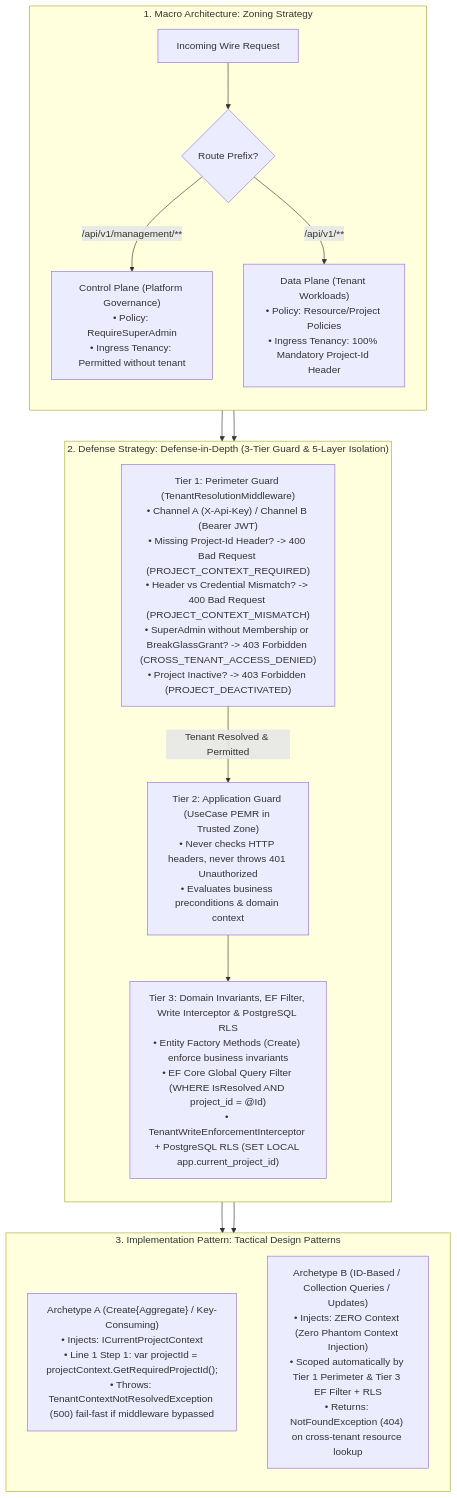
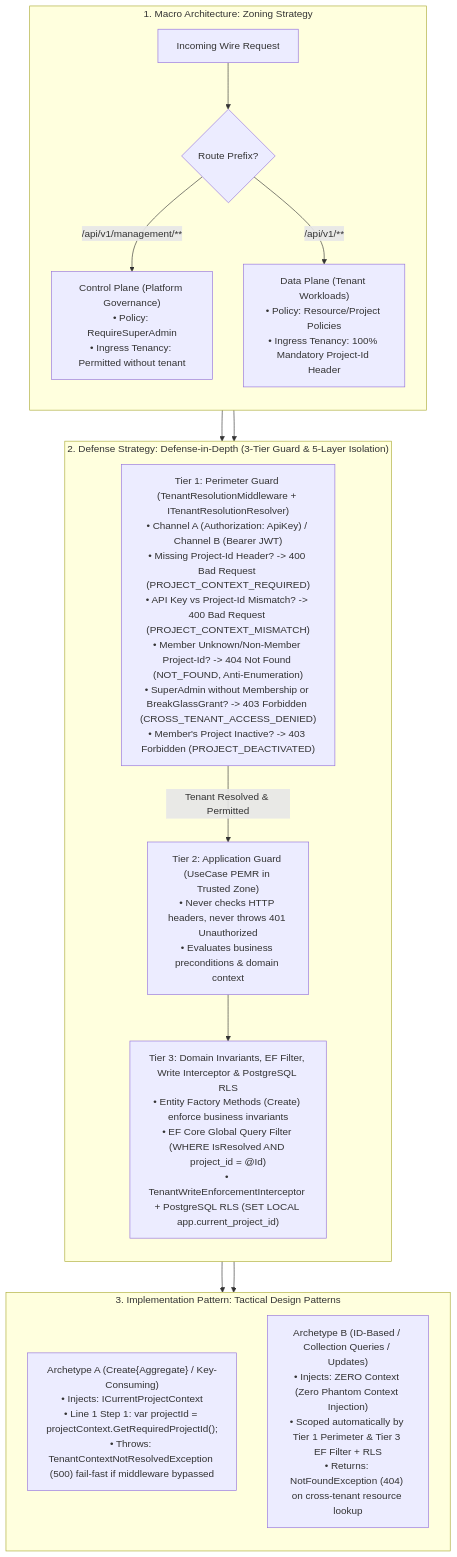
Before and after one commit to suang05/doc_template: the first of 2 diagrams in specs/03_specialized_mechanics/multi_tenant_security_pipeline.md, drawn with Mermaid. The commit also changed other lines of this file and 15 other files, not shown here.

Commit message:
docs: add comprehensive architecture specs and update agent guidelines

````diff
--- a/specs/03_specialized_mechanics/multi_tenant_security_pipeline.md
+++ b/specs/03_specialized_mechanics/multi_tenant_security_pipeline.md
@@ -23,24 +23,24 @@
 ```mermaid
 flowchart TD
     subgraph Macro ["1. Macro Architecture: Zoning Strategy"]
         direction TB
         Req[Incoming Wire Request] --> RouteCheck{Route Prefix?}
         RouteCheck -- "/api/v1/management/**" --> CtrlPlane["Control Plane (Platform Governance)\n• Policy: RequireSuperAdmin\n• Ingress Tenancy: Permitted without tenant"]
         RouteCheck -- "/api/v1/**" --> DataPlane["Data Plane (Tenant Workloads)\n• Policy: Resource/Project Policies\n• Ingress Tenancy: 100% Mandatory Project-Id Header"]
     end
 
     subgraph Defense ["2. Defense Strategy: Defense-in-Depth (3-Tier Guard & 5-Layer Isolation)"]
         direction TB
-        DataPlane --> T1["Tier 1: Perimeter Guard (TenantResolutionMiddleware)\n• Channel A (X-Api-Key) / Channel B (Bearer JWT)\n• Missing Project-Id Header? -> 400 Bad Request (PROJECT_CONTEXT_REQUIRED)\n• Header vs Credential Mismatch? -> 400 Bad Request (PROJECT_CONTEXT_MISMATCH)\n• SuperAdmin without Membership or BreakGlassGrant? -> 403 Forbidden (CROSS_TENANT_ACCESS_DENIED)\n• Project Inactive? -> 403 Forbidden (PROJECT_DEACTIVATED)"]
+        DataPlane --> T1["Tier 1: Perimeter Guard (TenantResolutionMiddleware + ITenantResolutionResolver)\n• Channel A (Authorization: ApiKey) / Channel B (Bearer JWT)\n• Missing Project-Id Header? -> 400 Bad Request (PROJECT_CONTEXT_REQUIRED)\n• API Key vs Project-Id Mismatch? -> 400 Bad Request (PROJECT_CONTEXT_MISMATCH)\n• Member Unknown/Non-Member Project-Id? -> 404 Not Found (NOT_FOUND, Anti-Enumeration)\n• SuperAdmin without Membership or BreakGlassGrant? -> 403 Forbidden (CROSS_TENANT_ACCESS_DENIED)\n• Member's Project Inactive? -> 403 Forbidden (PROJECT_DEACTIVATED)"]
         T1 -- Tenant Resolved & Permitted --> T2["Tier 2: Application Guard (UseCase PEMR in Trusted Zone)\n• Never checks HTTP headers, never throws 401 Unauthorized\n• Evaluates business preconditions & domain context"]
         T2 --> T3["Tier 3: Domain Invariants, EF Filter, Write Interceptor & PostgreSQL RLS\n• Entity Factory Methods (Create) enforce business invariants\n• EF Core Global Query Filter (WHERE IsResolved AND project_id = @Id)\n• TenantWriteEnforcementInterceptor + PostgreSQL RLS (SET LOCAL app.current_project_id)"]
     end
 
     subgraph Tactical ["3. Implementation Pattern: Tactical Design Patterns"]
         direction TB
         T2 --> ArchA["Archetype A (Create{Aggregate} / Key-Consuming)\n• Injects: ICurrentProjectContext\n• Line 1 Step 1: var projectId = projectContext.GetRequiredProjectId();\n• Throws: TenantContextNotResolvedException (500) fail-fast if middleware bypassed"]
         T2 --> ArchB["Archetype B (ID-Based / Collection Queries / Updates)\n• Injects: ZERO Context (Zero Phantom Context Injection)\n• Scoped automatically by Tier 1 Perimeter & Tier 3 EF Filter + RLS\n• Returns: NotFoundException (404) on cross-tenant resource lookup"]
     end
 
     CtrlPlane --> T2
 ```
````
